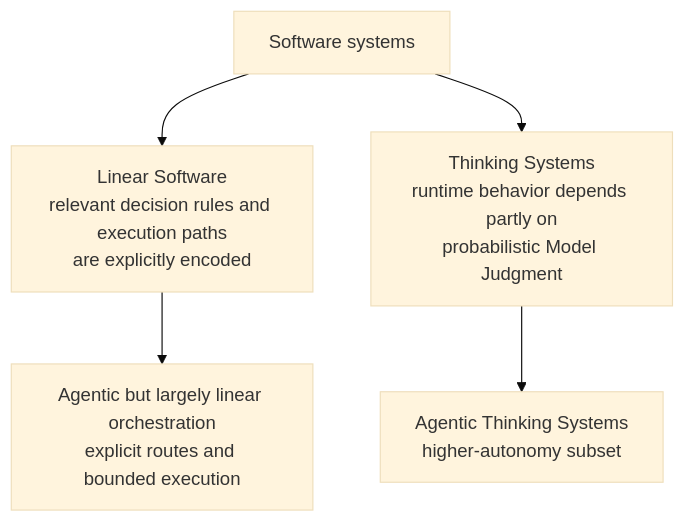
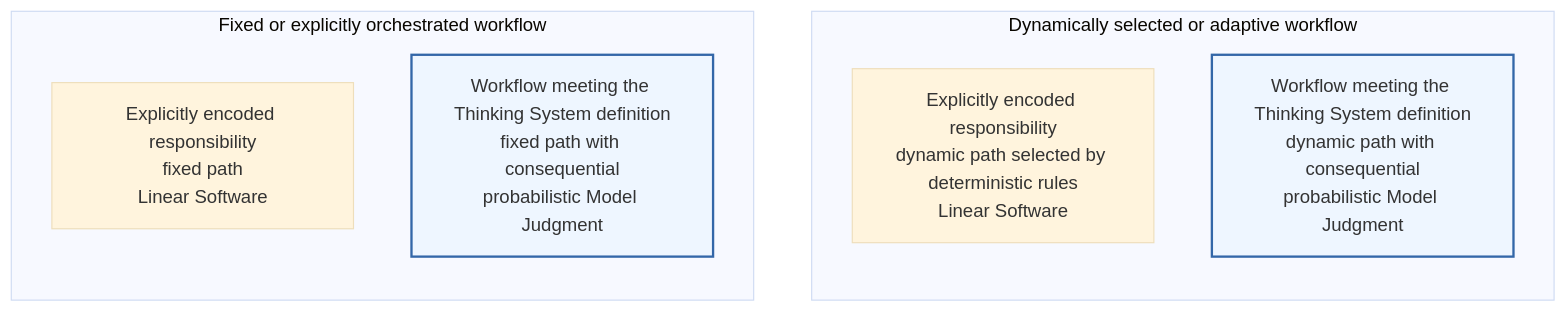
Before and after one commit to UncertaintyArchitectureGroup/uncertainty-architecture: the second of 14 diagrams in content/research/notes/open-engineering-specification-article-draft.md, drawn with Mermaid (base theme). The commit also changed other lines of this file and 10 other files, not shown here.

Commit message:
Clarify Thinking System topology, definitions, and agentic boundaries

````diff
--- a/content/research/notes/open-engineering-specification-article-draft.md
+++ b/content/research/notes/open-engineering-specification-article-draft.md
@@ -101,13 +101,20 @@
 ```mermaid
-flowchart TB
-    SW[Software systems]
-    LIN["Linear Software<br/>relevant decision rules and execution paths<br/>are explicitly encoded"]
-    TS["Thinking Systems<br/>runtime behavior depends partly on<br/>probabilistic Model Judgment"]
-    AG["Agentic Thinking Systems<br/>higher-autonomy subset"]
-    LA["Agentic but largely linear orchestration<br/>explicit routes and bounded execution"]
+flowchart LR
+    subgraph F["Fixed or explicitly orchestrated workflow"]
+        direction TB
+        FL["Explicitly encoded responsibility<br/>fixed path<br/>Linear Software"]
+        FT["Workflow meeting the Thinking System definition<br/>fixed path with consequential<br/>probabilistic Model Judgment"]
+    end
 
-    SW --> LIN
-    SW --> TS
-    TS --> AG
-    LIN --> LA
+    subgraph D["Dynamically selected or adaptive workflow"]
+        direction TB
+        DL["Explicitly encoded responsibility<br/>dynamic path selected by deterministic rules<br/>Linear Software"]
+        DT["Workflow meeting the Thinking System definition<br/>dynamic path with consequential<br/>probabilistic Model Judgment"]
+    end
+
+    FL ~~~ DL
+    FT ~~~ DT
+
+    classDef thinking fill:#eef6ff,stroke:#3367a8,stroke-width:2px;
+    class FT,DT thinking;
 ```
````
